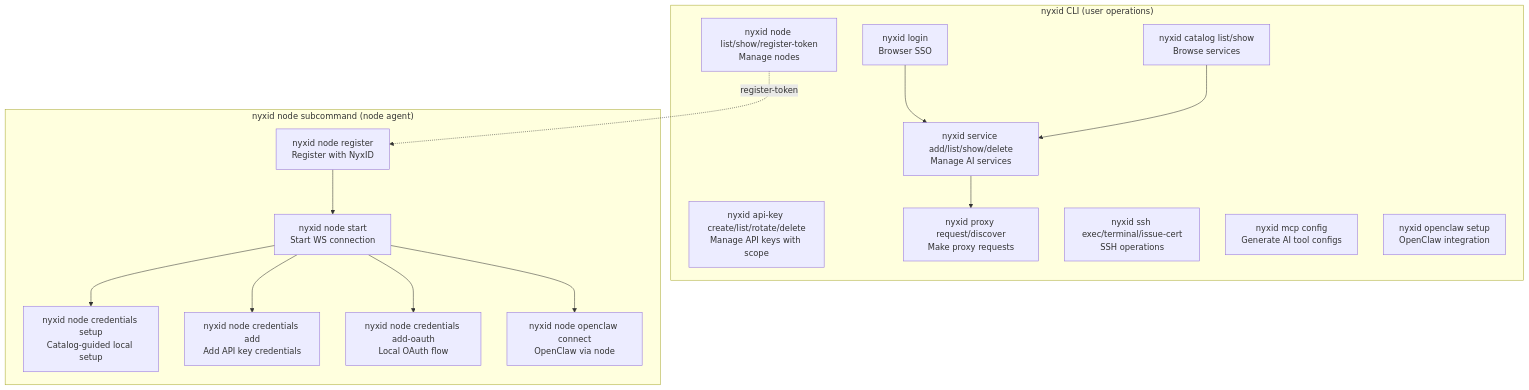
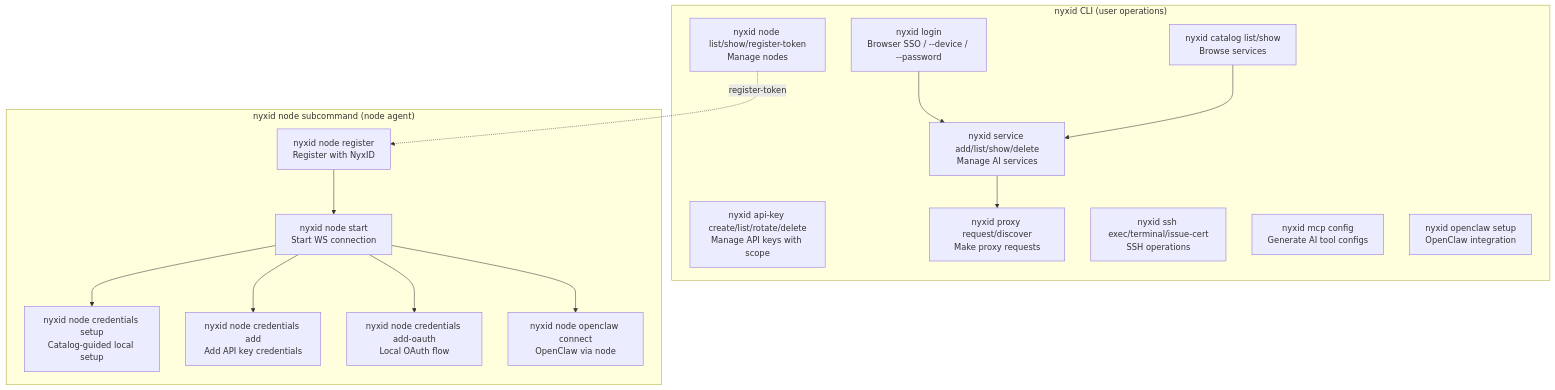
One commit to ChronoAIProject/NyxID changed the fifth of 8 diagrams in docs/AI_SERVICES_ARCHITECTURE.md. Above: the diagram before and after it, drawn with Mermaid. The commit also changed 2 other files, not shown here.

First paragraph of the commit message:
docs(auth-device): point AI/SSH headless examples at --device + api-key
Reverify-pass over docs/ found three remaining places that still
described the headless story in pre-PR-972 terms.

````diff
--- a/docs/AI_SERVICES_ARCHITECTURE.md
+++ b/docs/AI_SERVICES_ARCHITECTURE.md
@@ -216,30 +216,30 @@
 ```mermaid
 graph TB
     subgraph "nyxid CLI (user operations)"
-        LOGIN["nyxid login<br/>Browser SSO"]
+        LOGIN["nyxid login<br/>Browser SSO / --device / --password"]
         CATALOG["nyxid catalog list/show<br/>Browse services"]
         SERVICE["nyxid service add/list/show/delete<br/>Manage AI services"]
         APIKEY["nyxid api-key create/list/rotate/delete<br/>Manage API keys with scope"]
         PROXY["nyxid proxy request/discover<br/>Make proxy requests"]
         SSH_CMD["nyxid ssh exec/terminal/issue-cert<br/>SSH operations"]
         MCP["nyxid mcp config<br/>Generate AI tool configs"]
         NODE_CMD["nyxid node list/show/register-token<br/>Manage nodes"]
         OPENCLAW["nyxid openclaw setup<br/>OpenClaw integration"]
     end
 
     subgraph "nyxid node subcommand (node agent)"
         REGISTER["nyxid node register<br/>Register with NyxID"]
         START["nyxid node start<br/>Start WS connection"]
         SETUP["nyxid node credentials setup<br/>Catalog-guided local setup"]
         CREDS["nyxid node credentials add<br/>Add API key credentials"]
         OAUTH_NODE["nyxid node credentials add-oauth<br/>Local OAuth flow"]
         OC_NODE["nyxid node openclaw connect<br/>OpenClaw via node"]
     end
 
     LOGIN --> SERVICE
     CATALOG --> SERVICE
     SERVICE --> PROXY
     NODE_CMD -.->|"register-token"| REGISTER
     REGISTER --> START
     START --> SETUP & CREDS & OAUTH_NODE & OC_NODE
 ```
````
